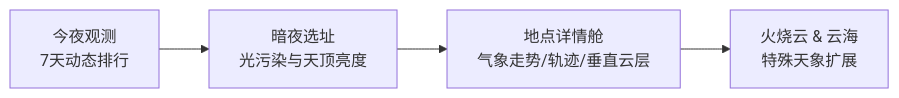
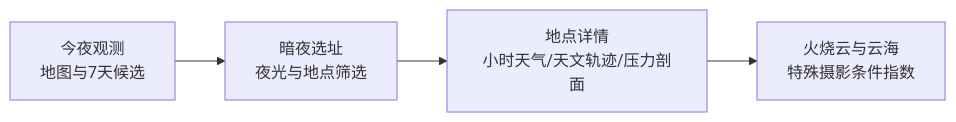
One commit to Jovifei/Star_photo_addr changed the first of 2 diagrams in README.md. Above: the diagram before and after it, drawn with Mermaid. The commit also changed other lines of this file and 4 other files, not shown here.

````diff
--- a/README.md
+++ b/README.md
@@ -29,6 +29,6 @@
 ```mermaid
 flowchart LR
-    A[今夜观测<br/>7天动态排行] --> B[暗夜选址<br/>光污染与天顶亮度]
-    B --> C[地点详情舱<br/>气象走势/轨迹/垂直云层]
-    C --> D[火烧云 & 云海<br/>特殊天象扩展]
+    A[今夜观测<br/>地图与7天候选] --> B[暗夜选址<br/>夜光与地点筛选]
+    B --> C[地点详情<br/>小时天气/天文轨迹/压力剖面]
+    C --> D[火烧云与云海<br/>特殊摄影条件指数]
 ```
````
